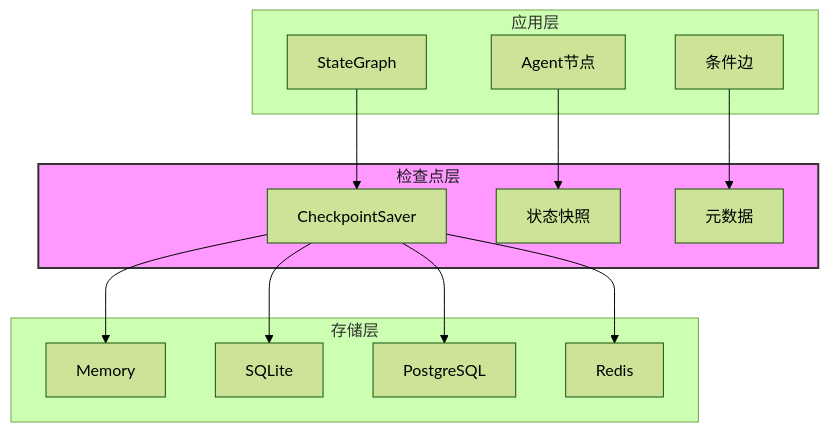
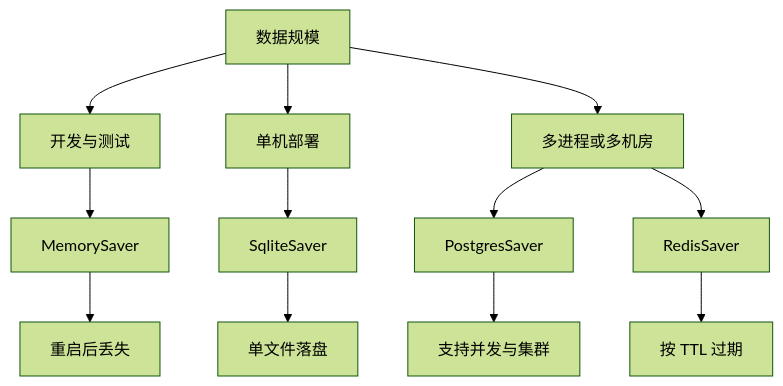
One commit to Shyu-x/frontend-interview changed the fifth of 8 diagrams in docs/agent/frameworks/langgraph-checkpointing.md. Above: the diagram before and after it, drawn with Mermaid (forest theme). The commit also changed other lines of this file and 58 other files, not shown here.

````diff
--- a/docs/agent/frameworks/langgraph-checkpointing.md
+++ b/docs/agent/frameworks/langgraph-checkpointing.md
@@ -103,30 +603,14 @@
 ```mermaid
-flowchart TB
-    subgraph AppLayer["应用层"]
-        A[StateGraph]
-        B[Agent节点]
-        C[条件边]
-    end
-    
-    subgraph CheckpointLayer["检查点层"]
-        D[CheckpointSaver]
-        E[状态快照]
-        F[元数据]
-    end
-    
-    subgraph StorageLayer["存储层"]
-        G[Memory]
-        H[SQLite]
-        I[PostgreSQL]
-        J[Redis]
-    end
-    
-    A --> D
-    B --> E
-    C --> F
-    D --> G
-    D --> H
-    D --> I
-    D --> J
-    style CheckpointLayer fill:#f9f,stroke:#333,stroke-width:2px,color:#1d1d1f
+flowchart TD
+    A["数据规模"] --> B["开发与测试"]
+    A --> C["单机部署"]
+    A --> D["多进程或多机房"]
+    B --> E["MemorySaver"]
+    C --> F["SqliteSaver"]
+    D --> G["PostgresSaver"]
+    D --> H["RedisSaver"]
+    E --> I["重启后丢失"]
+    F --> J["单文件落盘"]
+    G --> K["支持并发与集群"]
+    H --> L["按 TTL 过期"]
 ```
````
